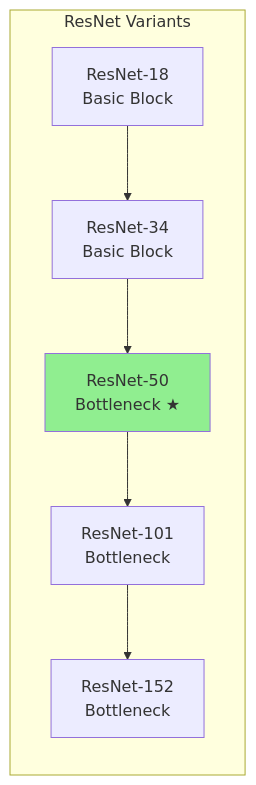
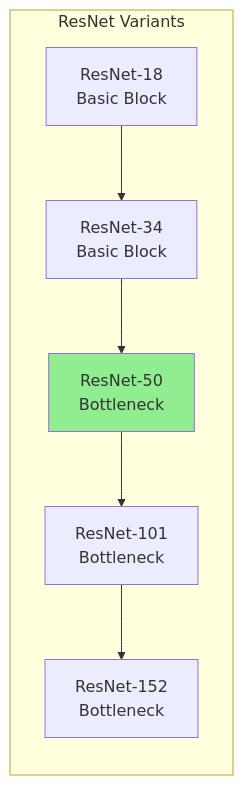
Before and after one commit to Vtheonly/Obsidian_Notes: diagram 18 of 22 in AI/Non Academic/Machine Learning/04. Artificial Neural Networks (ANN) & Deep Learning.md, drawn with Mermaid. The commit also changed other lines of this file and 148 other files, not shown here.

````diff
--- a/AI/Non Academic/Machine Learning/04. Artificial Neural Networks (ANN) & Deep Learning.md
+++ b/AI/Non Academic/Machine Learning/04. Artificial Neural Networks (ANN) & Deep Learning.md
@@ -767,14 +767,14 @@
 ```mermaid
 graph LR
     subgraph Variants["ResNet Variants"]
         R18["ResNet-18<br/>Basic Block"]
         R34["ResNet-34<br/>Basic Block"]
-        R50["ResNet-50<br/>Bottleneck ★"]
+        R50["ResNet-50<br/>Bottleneck "]
         R101["ResNet-101<br/>Bottleneck"]
         R152["ResNet-152<br/>Bottleneck"]
     end
     
     R18 --> R34 --> R50 --> R101 --> R152
     
     style R50 fill:#90EE90
 ```
````
